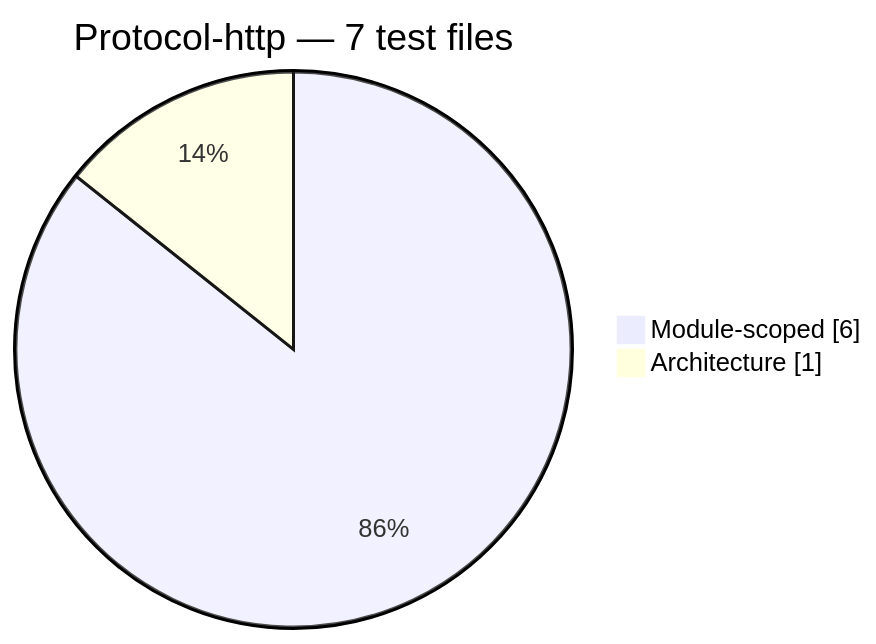
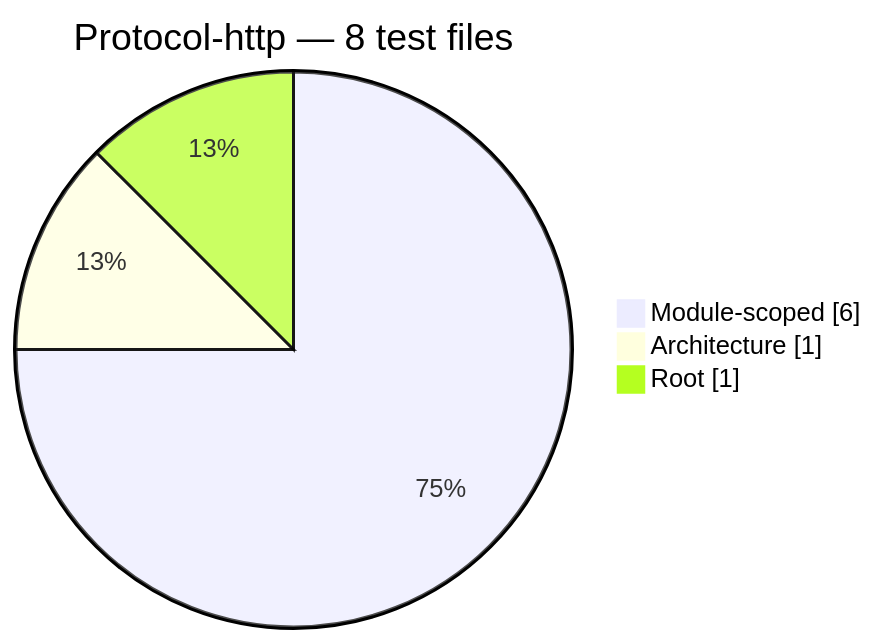
One commit to PHP-Arazzo/php-arazzo changed the ninth of 13 diagrams in docs/generated/test-composition.md. Above: the diagram before and after it, drawn with Mermaid. The commit also changed other lines of this file and 209 other files, not shown here.

````diff
--- a/docs/generated/test-composition.md
+++ b/docs/generated/test-composition.md
@@ -130,6 +134,7 @@
 ```mermaid
 pie showData
-    title Protocol-http — 7 test files
+    title Protocol-http — 8 test files
     "Module-scoped": 6
     "Architecture": 1
+    "Root": 1
 ```
````
